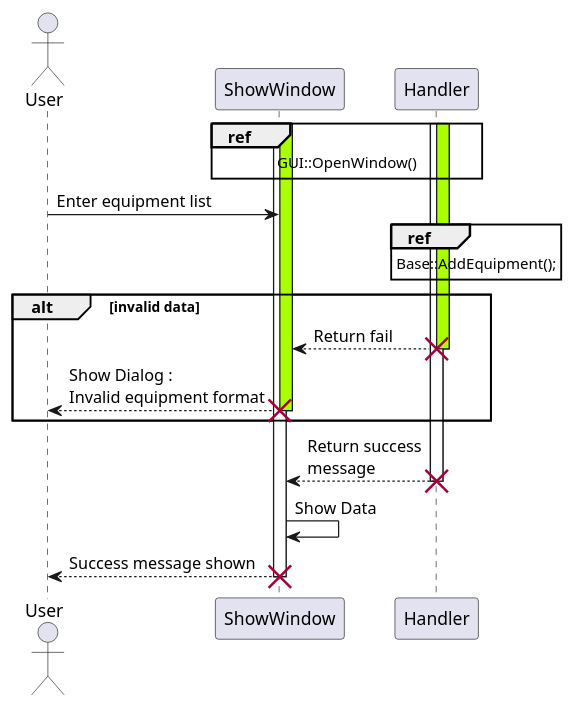
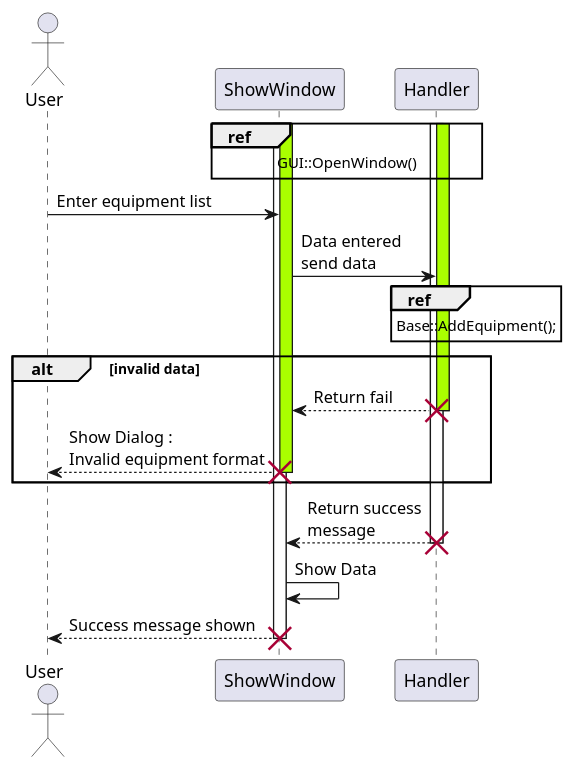
Before and after one commit to Igor-Sergieiev/DB_Project: the diagram in src/plantuml/gui/sequense/add_equipment.wsd, drawn with PlantUML. The commit also changed 9 other files, not shown here.

```diff
--- a/src/plantuml/gui/sequense/add_equipment.wsd
+++ b/src/plantuml/gui/sequense/add_equipment.wsd
@@ -1,27 +1,27 @@
 @startuml
 actor User
 
 
 ref over ShowWindow, Handler: GUI::OpenWindow()
 activate ShowWindow
 activate ShowWindow #aaff00
 
 activate Handler
 activate Handler #aaff00
 
 User -> ShowWindow : Enter equipment list
-
+ShowWindow -> Handler: Data entered\nsend data
 ref over Handler : Base::AddEquipment();
 alt invalid data
 Handler --> ShowWindow : Return fail
 destroy Handler
 ShowWindow --> User : Show Dialog :\nInvalid equipment format
 destroy ShowWindow
 end
 
 Handler --> ShowWindow : Return success\nmessage
 destroy Handler
 ShowWindow -> ShowWindow : Show Data
 ShowWindow --> User : Success message shown
 destroy ShowWindow
 @enduml
```
